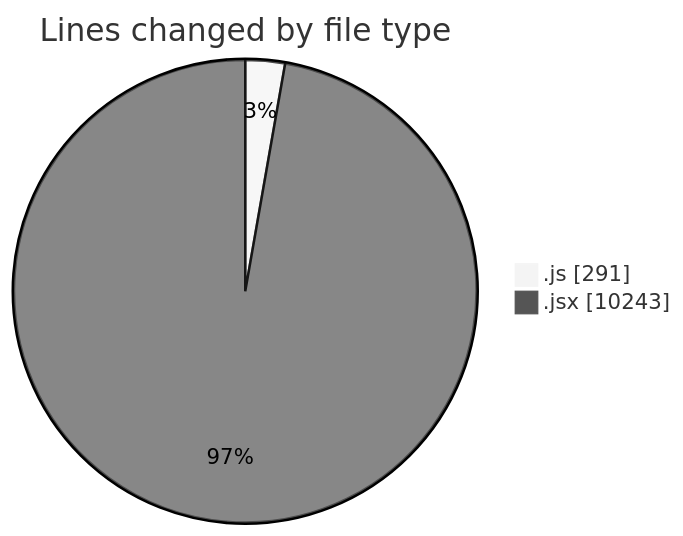
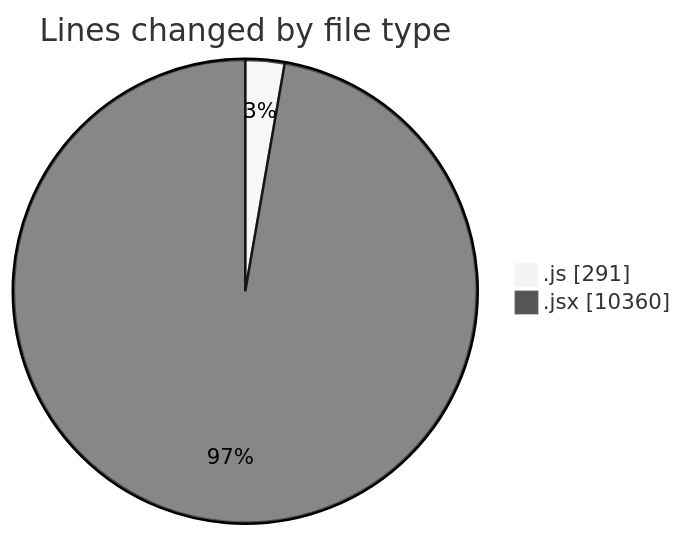
Before and after one commit to nxtqubesakshisongat/code-tracking: the first of 2 diagrams in 2025-07-28/nxtqube_webapp/README.md, drawn with Mermaid (neutral theme). The commit also changed other lines of this file and 1 other file, not shown here.

````diff
--- a/2025-07-28/nxtqube_webapp/README.md
+++ b/2025-07-28/nxtqube_webapp/README.md
@@ -45,6 +45,6 @@
 ```mermaid
 pie showData
 title Lines changed by file type
 ".js" : 291
-".jsx" : 10243
+".jsx" : 10360
 ```
````
